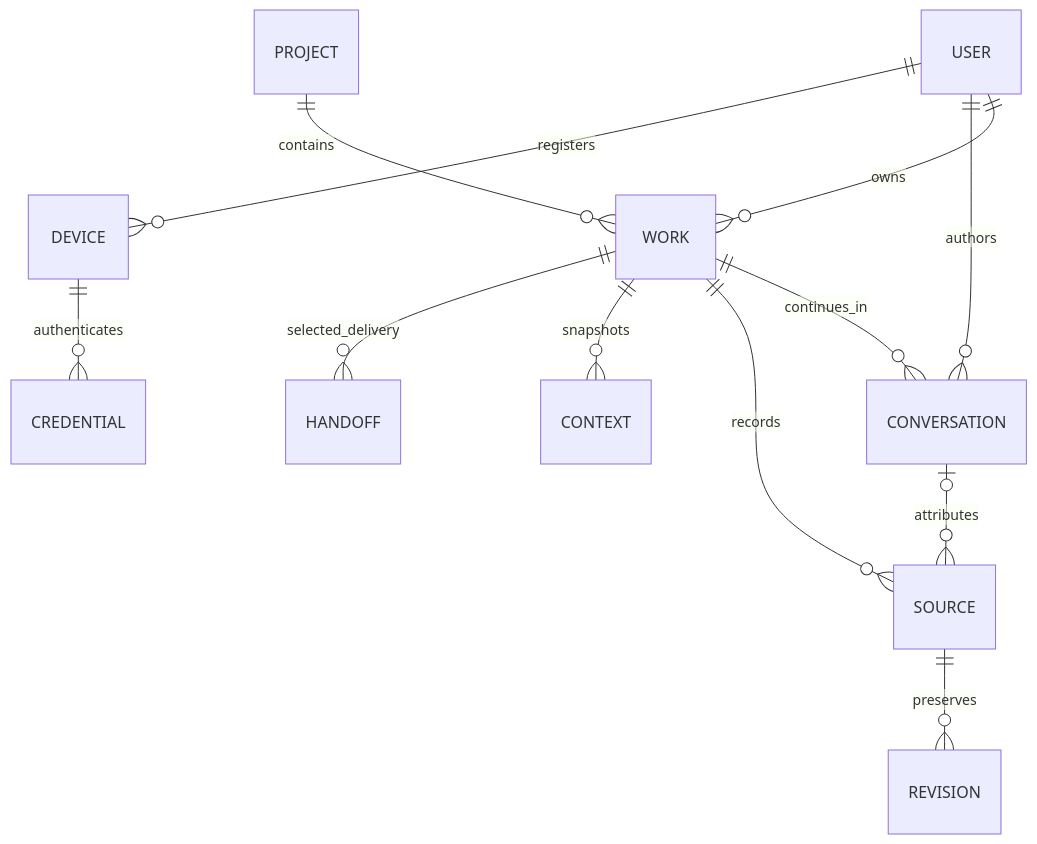
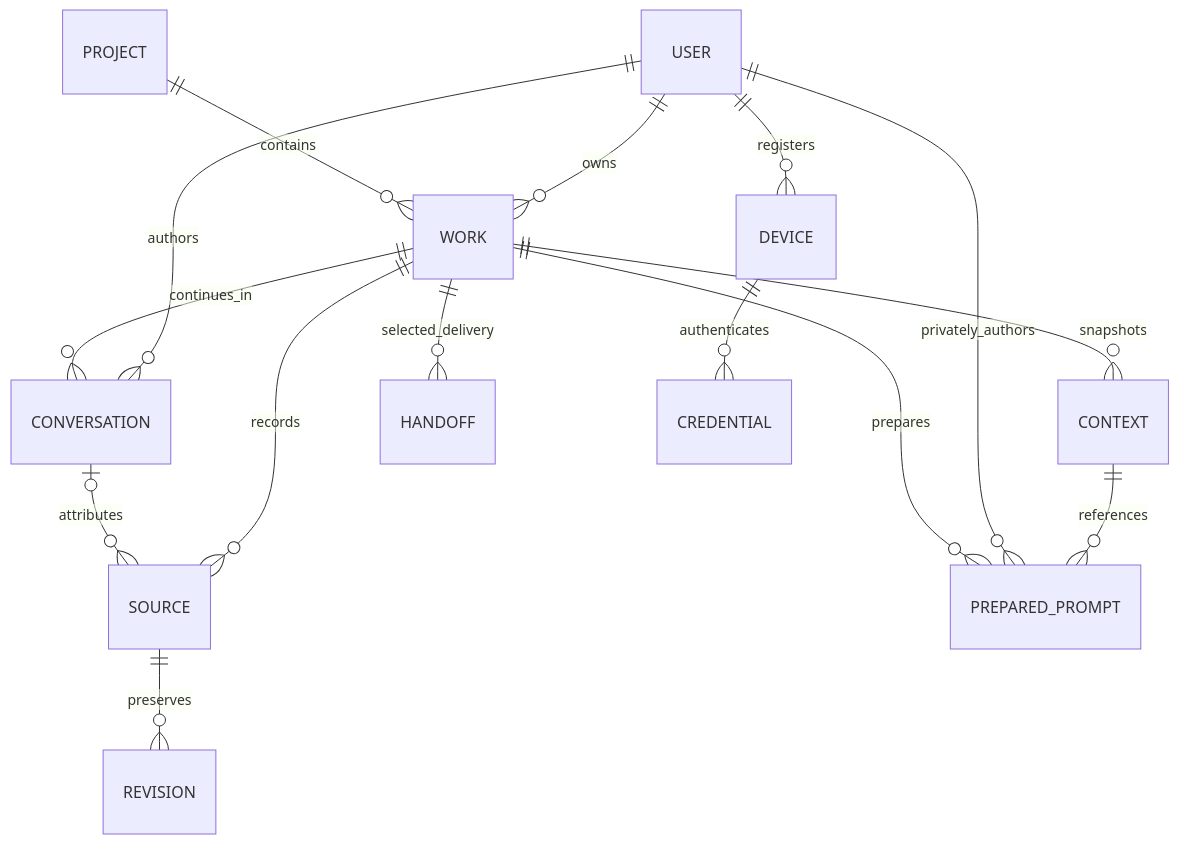
One commit to MrAkashKumar/workTether changed the third of 7 diagrams in docs/ARCHITECTURE.md. Above: the diagram before and after it, drawn with Mermaid. The commit also changed other lines of this file and 28 other files, not shown here.

````diff
--- a/docs/ARCHITECTURE.md
+++ b/docs/ARCHITECTURE.md
@@ -61,14 +63,17 @@
 ```mermaid
 erDiagram
   PROJECT ||--o{ WORK : contains
   USER ||--o{ WORK : owns
   WORK ||--o{ CONVERSATION : continues_in
   USER ||--o{ CONVERSATION : authors
   CONVERSATION |o--o{ SOURCE : attributes
   WORK ||--o{ SOURCE : records
   WORK ||--o{ CONTEXT : snapshots
+  WORK ||--o{ PREPARED_PROMPT : prepares
+  USER ||--o{ PREPARED_PROMPT : privately_authors
+  CONTEXT ||--o{ PREPARED_PROMPT : references
   WORK ||--o{ HANDOFF : selected_delivery
   USER ||--o{ DEVICE : registers
   DEVICE ||--o{ CREDENTIAL : authenticates
   SOURCE ||--o{ REVISION : preserves
 ```
````
